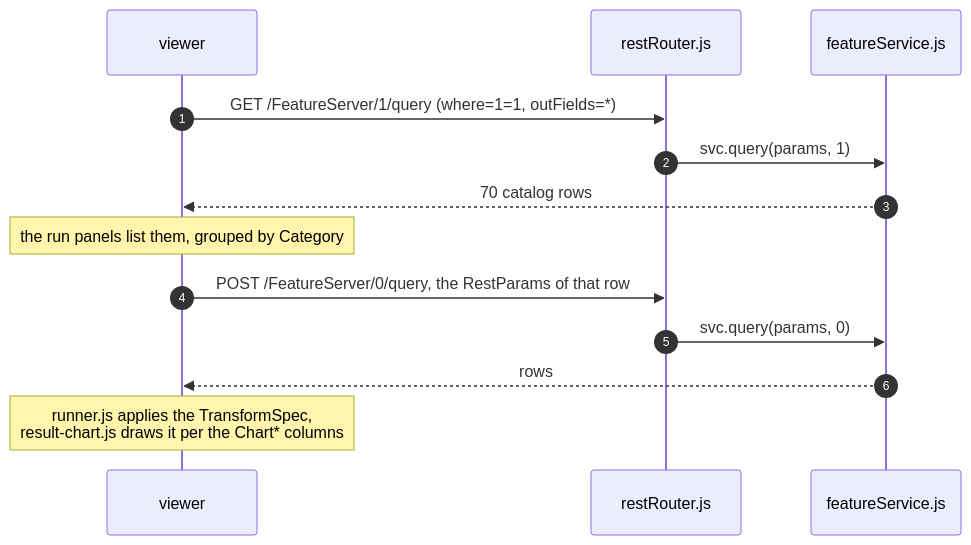
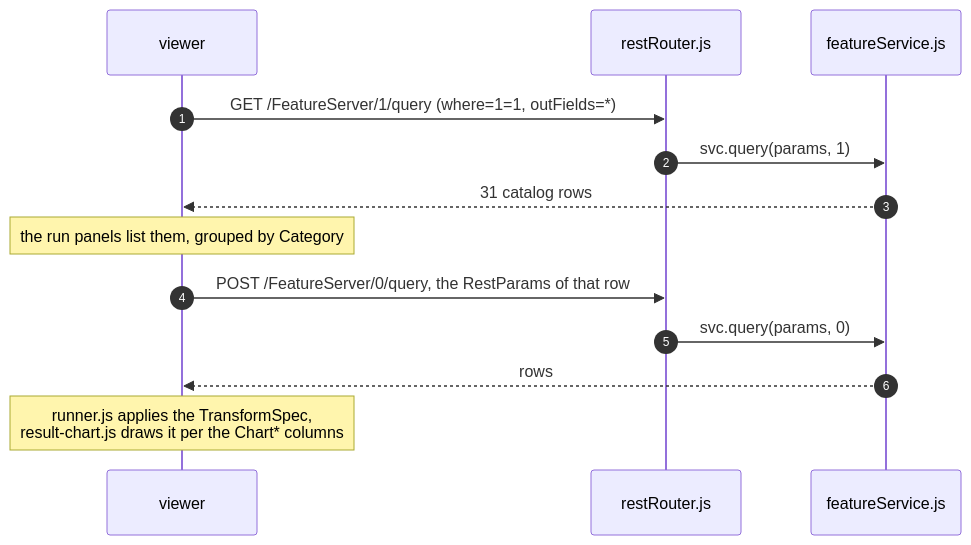
Before and after one commit to AshleyGahl/arcgis-rest-query-library: the fourth of 5 diagrams in docs/architecture.md, drawn with Mermaid. The commit also changed other lines of this file and 24 other files, not shown here.

````diff
--- a/docs/architecture.md
+++ b/docs/architecture.md
@@ -281,15 +281,15 @@
 ```mermaid
 sequenceDiagram
   autonumber
   participant V as viewer
   participant R as restRouter.js
   participant E as featureService.js
   V->>R: GET /FeatureServer/1/query (where=1=1, outFields=*)
   R->>E: svc.query(params, 1)
-  E-->>V: 70 catalog rows
+  E-->>V: 31 catalog rows
   Note over V: the run panels list them, grouped by Category
   V->>R: POST /FeatureServer/0/query, the RestParams of that row
   R->>E: svc.query(params, 0)
   E-->>V: rows
   Note over V: runner.js applies the TransformSpec,<br/>result-chart.js draws it per the Chart* columns
 ```
````
